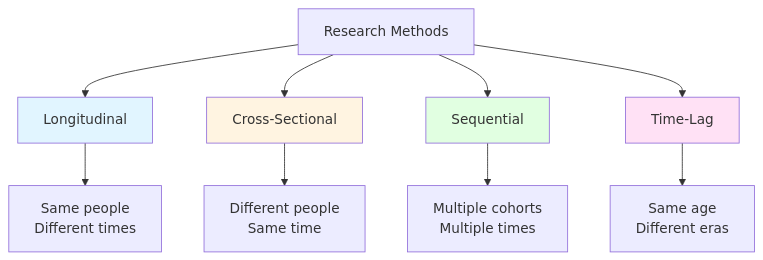
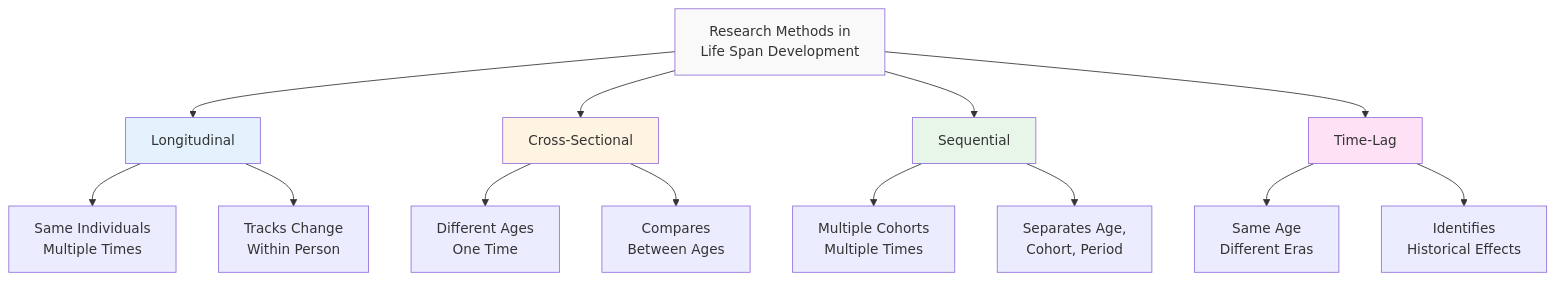
The first of 4 diagrams in docs/mpc-002/block-1/82-research-methods-development-obstacles.mdx (mayank-shaan/MAPC-MD), drawn with Mermaid before and after one commit. The commit also changed other lines of this file and 5 other files, not shown here.

````diff
--- a/docs/mpc-002/block-1/82-research-methods-development-obstacles.mdx
+++ b/docs/mpc-002/block-1/82-research-methods-development-obstacles.mdx
@@ -140,17 +35,23 @@
 ```mermaid
 graph TD
-    A[Research Methods] --> B[Longitudinal]
+    A[Research Methods in<br/>Life Span Development] --> B[Longitudinal]
     A --> C[Cross-Sectional]
     A --> D[Sequential]
     A --> E[Time-Lag]
     
-    B --> B1[Same people<br/>Different times]
-    C --> C1[Different people<br/>Same time]
-    D --> D1[Multiple cohorts<br/>Multiple times]
-    E --> E1[Same age<br/>Different eras]
+    B --> B1[Same Individuals<br/>Multiple Times]
+    C --> C1[Different Ages<br/>One Time]
+    D --> D1[Multiple Cohorts<br/>Multiple Times]
+    E --> E1[Same Age<br/>Different Eras]
     
-    style B fill:#e1f5ff
+    B --> B2[Tracks Change<br/>Within Person]
+    C --> C2[Compares<br/>Between Ages]
+    D --> D2[Separates Age,<br/>Cohort, Period]
+    E --> E2[Identifies<br/>Historical Effects]
+    
+    style A fill:#f9f9f9
+    style B fill:#e3f2fd
     style C fill:#fff4e1
-    style D fill:#e1ffe1
+    style D fill:#e8f5e9
     style E fill:#ffe1f5
 ```
````
